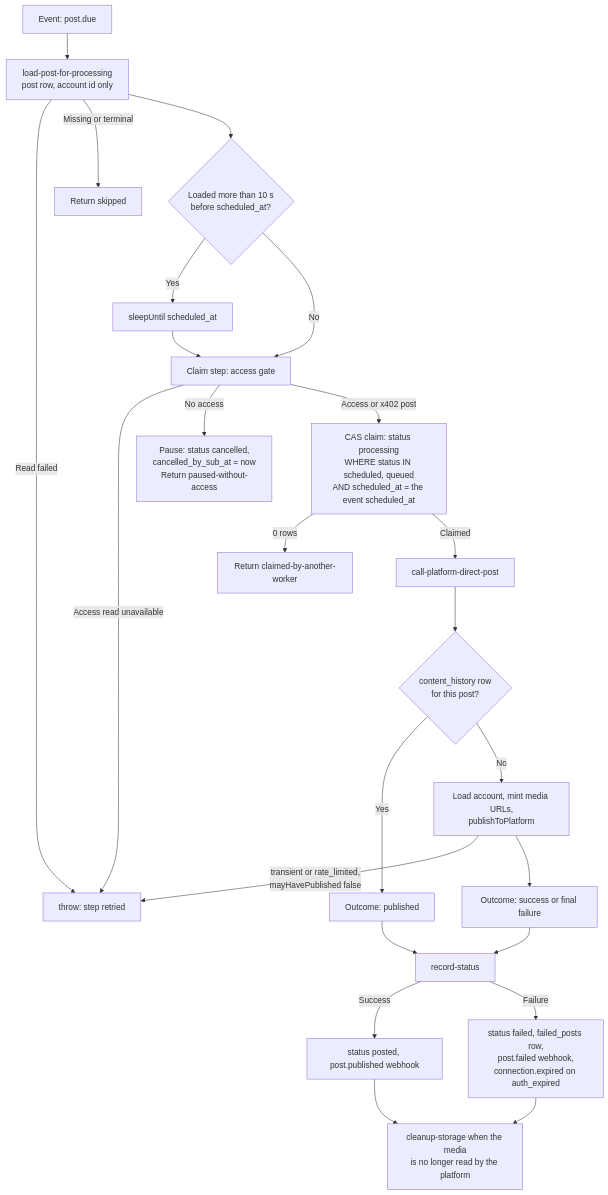
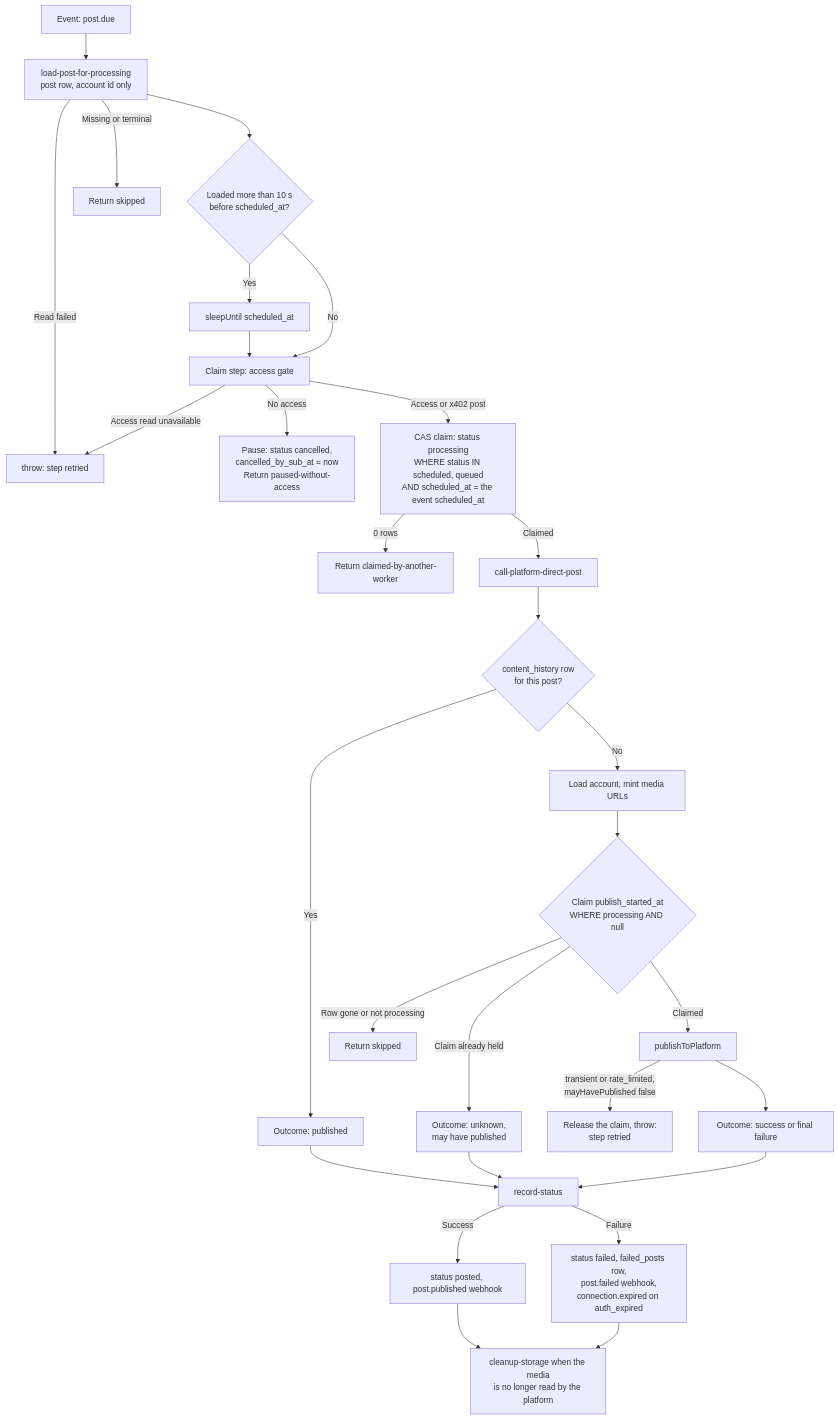
Before and after one commit to Andy00L/sharetopus: the second of 5 diagrams in docs/INNGEST.md, drawn with Mermaid. The commit also changed other lines of this file and 15 other files, not shown here.

````diff
--- a/docs/INNGEST.md
+++ b/docs/INNGEST.md
@@ -119,26 +123,31 @@
 ```mermaid
 flowchart TD
     A[Event: post.due] --> B[load-post-for-processing\npost row, account id only]
     B -->|Read failed| X[throw: step retried]
     B -->|Missing or terminal| Z[Return skipped]
     B --> W{Loaded more than 10 s\nbefore scheduled_at?}
     W -->|Yes| S[sleepUntil scheduled_at]
     W -->|No| G
     S --> G[Claim step: access gate]
     G -->|Access read unavailable| X
     G -->|No access| P[Pause: status cancelled,\ncancelled_by_sub_at = now\nReturn paused-without-access]
     G -->|Access or x402 post| C[CAS claim: status processing\nWHERE status IN scheduled, queued\nAND scheduled_at = the event scheduled_at]
     C -->|0 rows| Y[Return claimed-by-another-worker]
     C -->|Claimed| H[call-platform-direct-post]
     H --> I{content_history row\nfor this post?}
     I -->|Yes| K[Outcome: published]
-    I -->|No| J[Load account, mint media URLs,\npublishToPlatform]
-    J -->|transient or rate_limited,\nmayHavePublished false| X
-    J --> K2[Outcome: success or final failure]
+    I -->|No| J[Load account, mint media URLs]
+    J --> CA{Claim publish_started_at\nWHERE processing AND null}
+    CA -->|Row gone or not processing| Z2[Return skipped]
+    CA -->|Claim already held| K3[Outcome: unknown,\nmay have published]
+    CA -->|Claimed| PP[publishToPlatform]
+    PP -->|transient or rate_limited,\nmayHavePublished false| RL[Release the claim, throw:\nstep retried]
+    PP --> K2[Outcome: success or final failure]
+    K3 --> R
     K --> R[record-status]
     K2 --> R
     R -->|Success| R1[status posted, post.published webhook]
     R -->|Failure| R2[status failed, failed_posts row,\npost.failed webhook,\nconnection.expired on auth_expired]
     R1 --> M[cleanup-storage when the media\nis no longer read by the platform]
     R2 --> M
 ```
````
